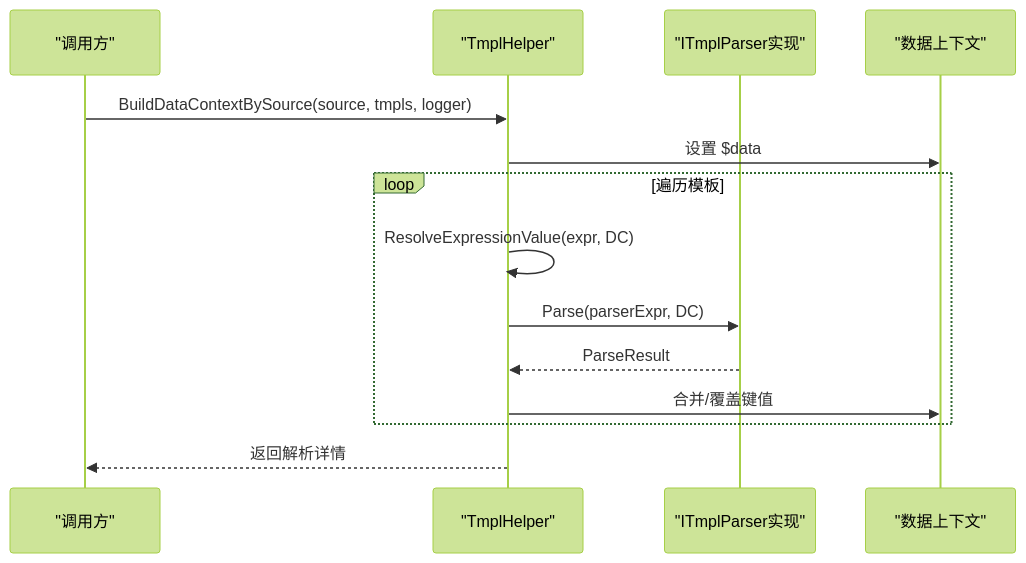
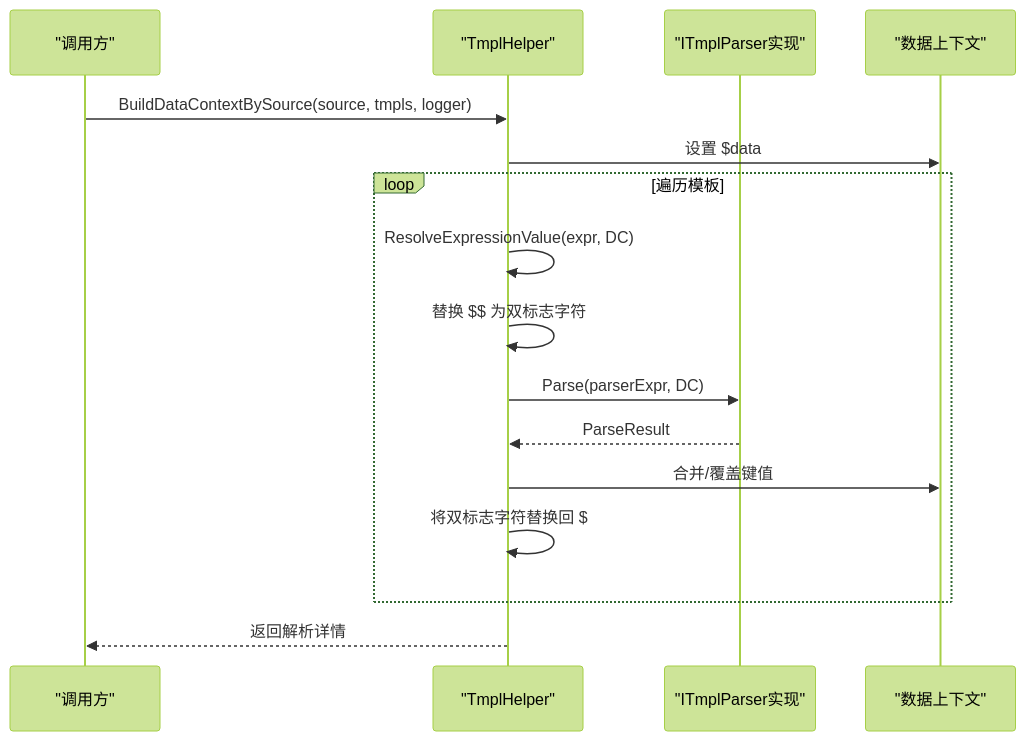
The third of 6 diagrams in .qoder/repowiki/zh/content/工具库详解/模板引擎系统.md (Sosososolong/AirGo), drawn with Mermaid (forest theme) before and after one commit. The commit also changed other lines of this file and 7 other files, not shown here.

````diff
--- a/.qoder/repowiki/zh/content/工具库详解/模板引擎系统.md
+++ b/.qoder/repowiki/zh/content/工具库详解/模板引擎系统.md
@@ -171,16 +178,18 @@
 ```mermaid
 sequenceDiagram
 participant Caller as "调用方"
 participant TH as "TmplHelper"
 participant Parser as "ITmplParser实现"
 participant DC as "数据上下文"
 Caller->>TH : BuildDataContextBySource(source, tmpls, logger)
 TH->>DC : 设置 $data
 loop 遍历模板
 TH->>TH : ResolveExpressionValue(expr, DC)
+TH->>TH : 替换 $$ 为双标志字符
 TH->>Parser : Parse(parserExpr, DC)
 Parser-->>TH : ParseResult
 TH->>DC : 合并/覆盖键值
+TH->>TH : 将双标志字符替换回 $
 end
 TH-->>Caller : 返回解析详情
 ```
````
